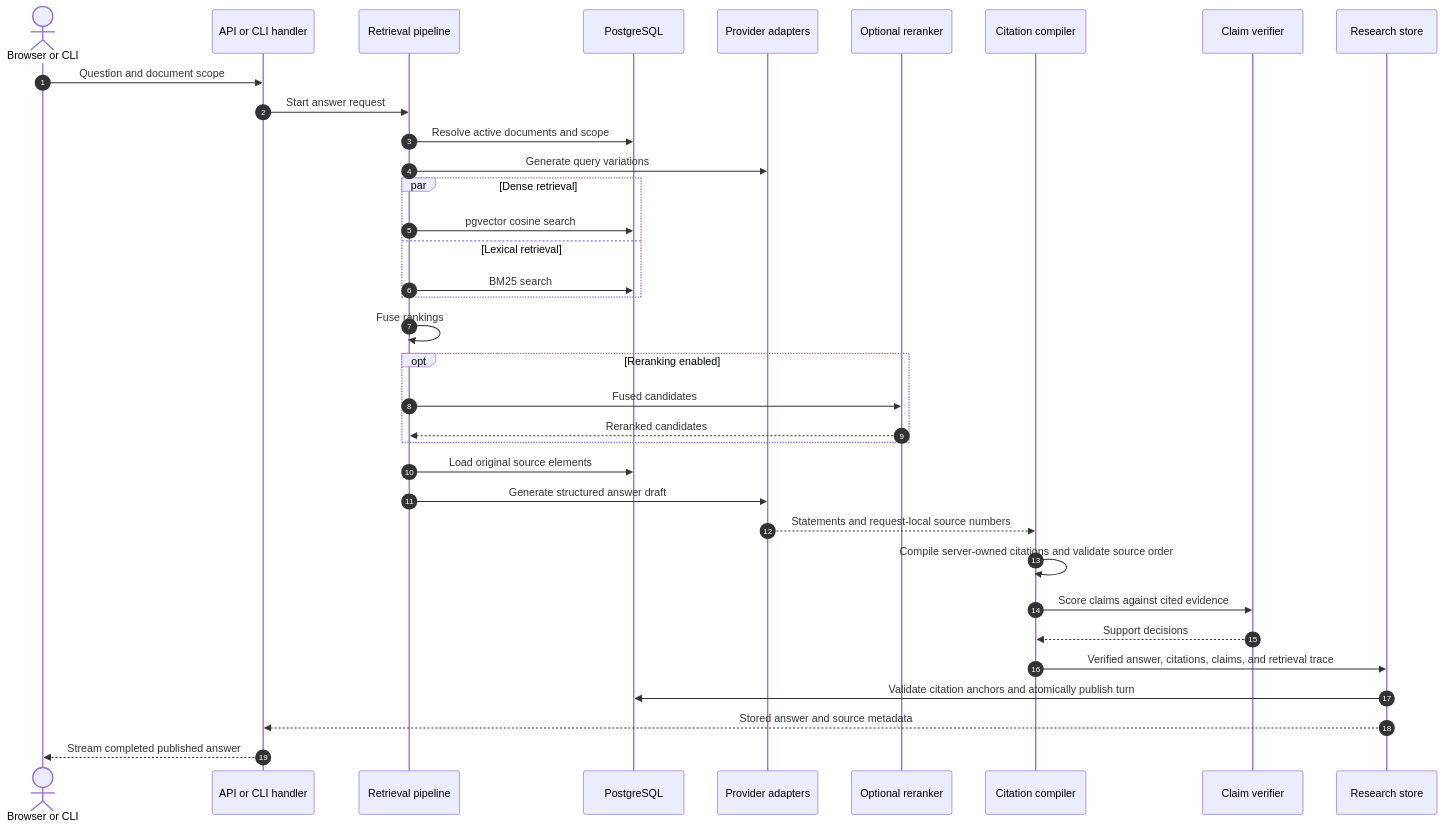
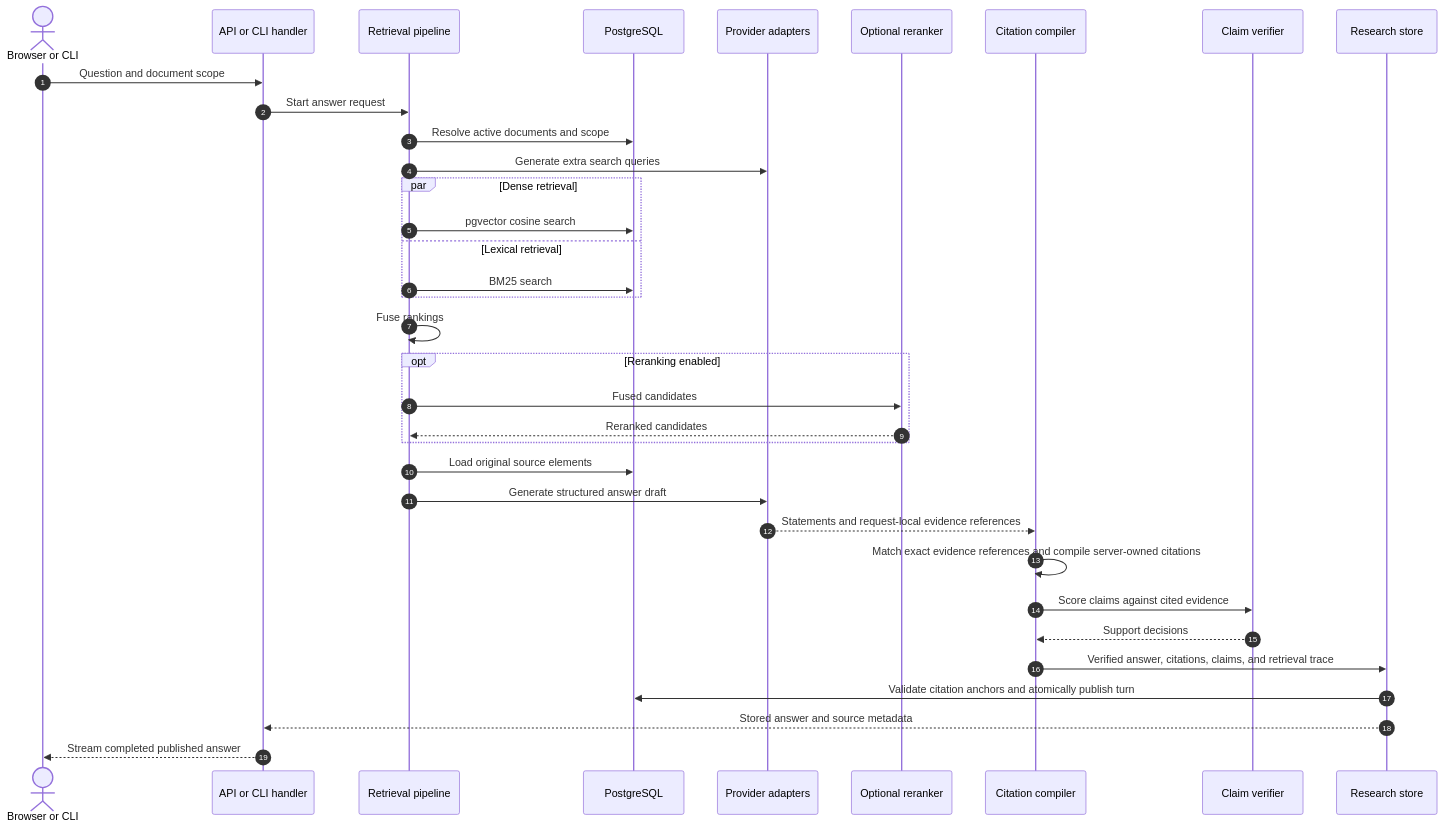
The fourth of 4 diagrams in docs/architecture.md (sageil/citeloom), drawn with Mermaid before and after one commit. The commit also changed other lines of this file and 43 other files, not shown here.

````diff
--- a/docs/architecture.md
+++ b/docs/architecture.md
@@ -180,38 +180,38 @@
 ```mermaid
 sequenceDiagram
     autonumber
     actor Client as Browser or CLI
     participant Entry as API or CLI handler
     participant Query as Retrieval pipeline
     participant DB as PostgreSQL
     participant AI as Provider adapters
     participant Ranker as Optional reranker
     participant Validate as Citation compiler
     participant HHEM as Claim verifier
     participant Research as Research store
 
     Client->>Entry: Question and document scope
     Entry->>Query: Start answer request
     Query->>DB: Resolve active documents and scope
-    Query->>AI: Generate query variations
+    Query->>AI: Generate extra search queries
     par Dense retrieval
         Query->>DB: pgvector cosine search
     and Lexical retrieval
         Query->>DB: BM25 search
     end
     Query->>Query: Fuse rankings
     opt Reranking enabled
         Query->>Ranker: Fused candidates
         Ranker-->>Query: Reranked candidates
     end
     Query->>DB: Load original source elements
     Query->>AI: Generate structured answer draft
-    AI-->>Validate: Statements and request-local source numbers
-    Validate->>Validate: Compile server-owned citations and validate source order
+    AI-->>Validate: Statements and request-local evidence references
+    Validate->>Validate: Match exact evidence references and compile server-owned citations
     Validate->>HHEM: Score claims against cited evidence
     HHEM-->>Validate: Support decisions
     Validate->>Research: Verified answer, citations, claims, and retrieval trace
     Research->>DB: Validate citation anchors and atomically publish turn
     Research-->>Entry: Stored answer and source metadata
     Entry-->>Client: Stream completed published answer
 ```
````
